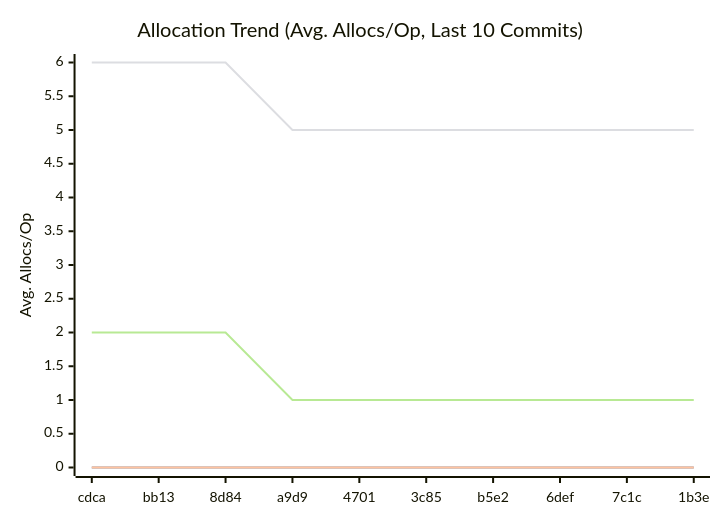
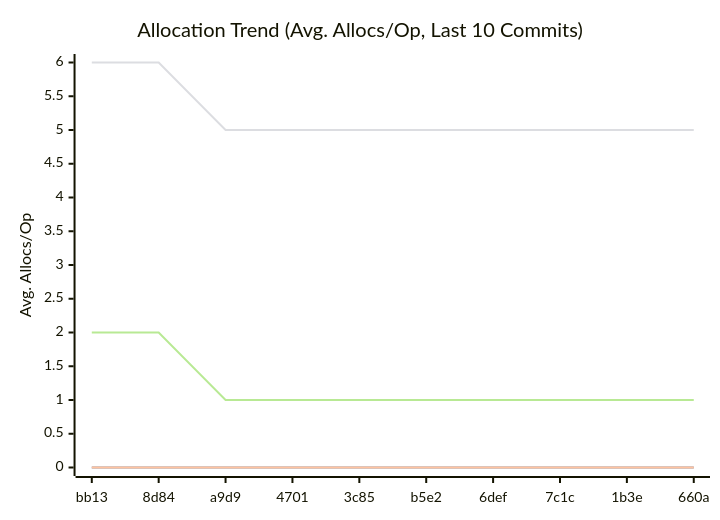
Before and after one commit to alsotoes/momo: the third of 3 diagrams in doc/README.md, drawn with Mermaid. The commit also changed other lines of this file and 1 other file, not shown here.

````diff
--- a/doc/README.md
+++ b/doc/README.md
@@ -316,12 +316,12 @@
 ```mermaid
 xychart-beta
     title "Allocation Trend (Avg. Allocs/Op, Last 10 Commits)"
     x-axis "Commit"
     y-axis "Avg. Allocs/Op"
-    x-axis [cdca,bb13,8d84,a9d9,4701,3c85,b5e2,6def,7c1c,1b3e]
+    x-axis [bb13,8d84,a9d9,4701,3c85,b5e2,6def,7c1c,1b3e,660a]
     line "CheckMetricsAndSwap" [0,0,0,0,0,0,0,0,0,0]
     line "IndexDirectTracking" [0,0,0,0,0,0,0,0,0,0]
     line "IndexSearch" [0,0,0,0,0,0,0,0,0,0]
-    line "ParseReplicationOrder_NoPrealloc" [6,6,6,5,5,5,5,5,5,5]
-    line "ParseReplicationOrder_Prealloc" [2,2,2,1,1,1,1,1,1,1]
+    line "ParseReplicationOrder_NoPrealloc" [6,6,5,5,5,5,5,5,5,5]
+    line "ParseReplicationOrder_Prealloc" [2,2,1,1,1,1,1,1,1,1]
 ```
````
